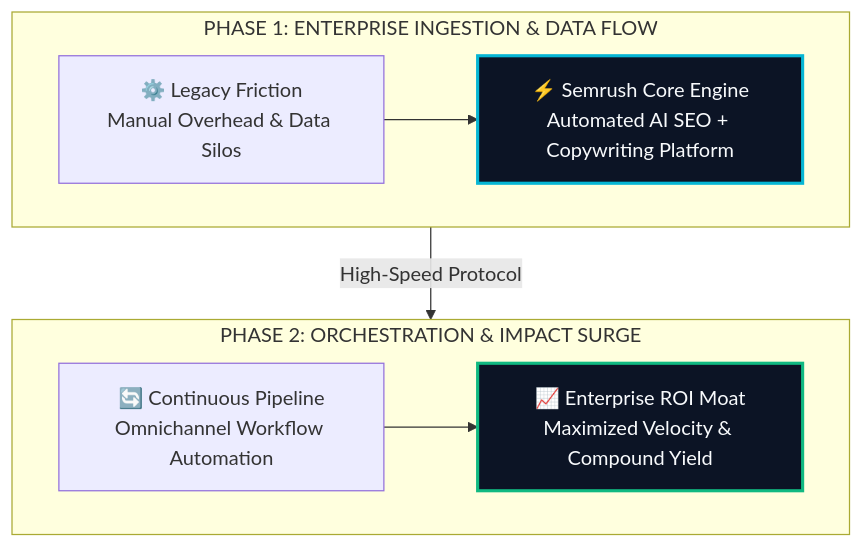
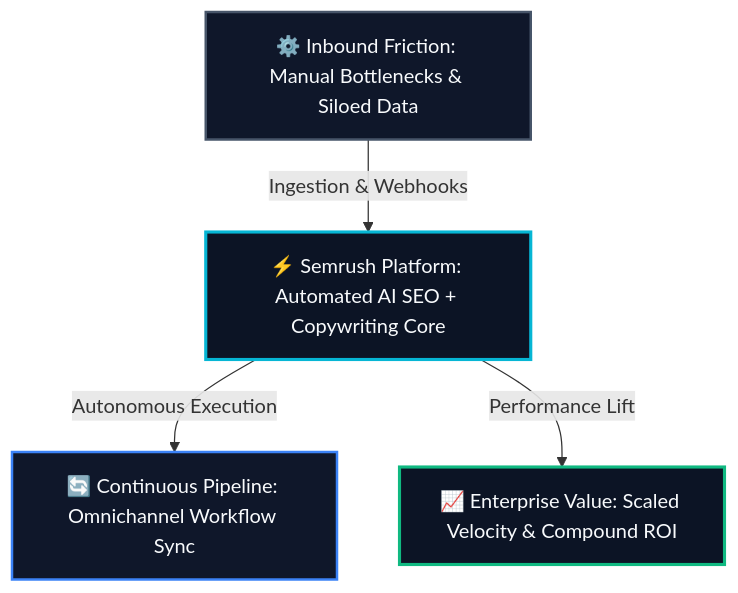
One commit to heliatech-media/saas-radar changed the diagram in site/src/content/blog/semrush-evolution-guide-2026.md. Above: the diagram before and after it, drawn with Mermaid. The commit also changed 93 other files, not shown here.

First line of the commit message:
fix(diagrams): resolve dagre-d3 subgraph collision by migrating to balanced 3-tier Hub & Spoke architecture

````diff
--- a/site/src/content/blog/semrush-evolution-guide-2026.md
+++ b/site/src/content/blog/semrush-evolution-guide-2026.md
@@ -61,14 +61,14 @@
 ```mermaid
 flowchart TD
-    subgraph S1["PHASE 1: ENTERPRISE INGESTION & DATA FLOW"]
-        direction LR
-        A["⚙️ Legacy Friction<br/>Manual Overhead & Data Silos"] --> B["⚡ Semrush Core Engine<br/>Automated AI SEO + Copywriting Platform"]
-    end
-    subgraph S2["PHASE 2: ORCHESTRATION & IMPACT SURGE"]
-        direction LR
-        C["🔄 Continuous Pipeline<br/>Omnichannel Workflow Automation"] --> D["📈 Enterprise ROI Moat<br/>Maximized Velocity & Compound Yield"]
-    end
-    S1 -->|High-Speed Protocol| S2
-    style B fill:#0c1425,stroke:#06b6d4,stroke-width:2.5px,color:#f8fafc
-    style D fill:#0c1425,stroke:#10b981,stroke-width:2.5px,color:#f8fafc
+    Inp["⚙️ Inbound Friction: Manual Bottlenecks & Siloed Data"]
+    Eng["⚡ Semrush Platform: Automated AI SEO + Copywriting Core"]
+    Out1["🔄 Continuous Pipeline: Omnichannel Workflow Sync"]
+    Out2["📈 Enterprise Value: Scaled Velocity & Compound ROI"]
+    Inp -->|Ingestion & Webhooks| Eng
+    Eng -->|Autonomous Execution| Out1
+    Eng -->|Performance Lift| Out2
+    style Inp fill:#0f172a,stroke:#475569,stroke-width:2px,color:#f8fafc
+    style Eng fill:#0c1425,stroke:#06b6d4,stroke-width:2.5px,color:#f8fafc
+    style Out1 fill:#0f172a,stroke:#3b82f6,stroke-width:2px,color:#f8fafc
+    style Out2 fill:#0c1425,stroke:#10b981,stroke-width:2.5px,color:#f8fafc
 ```
````
